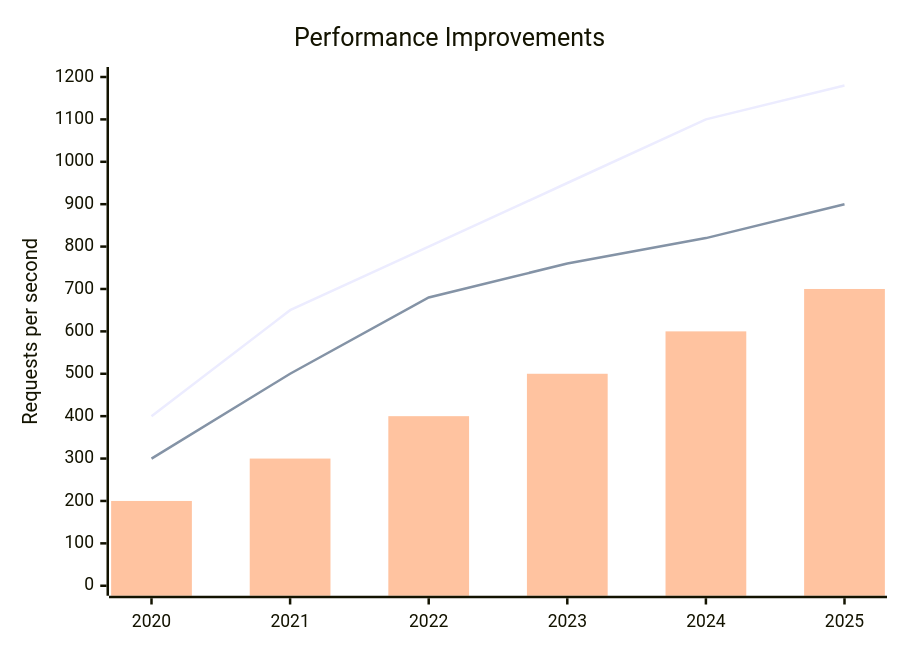
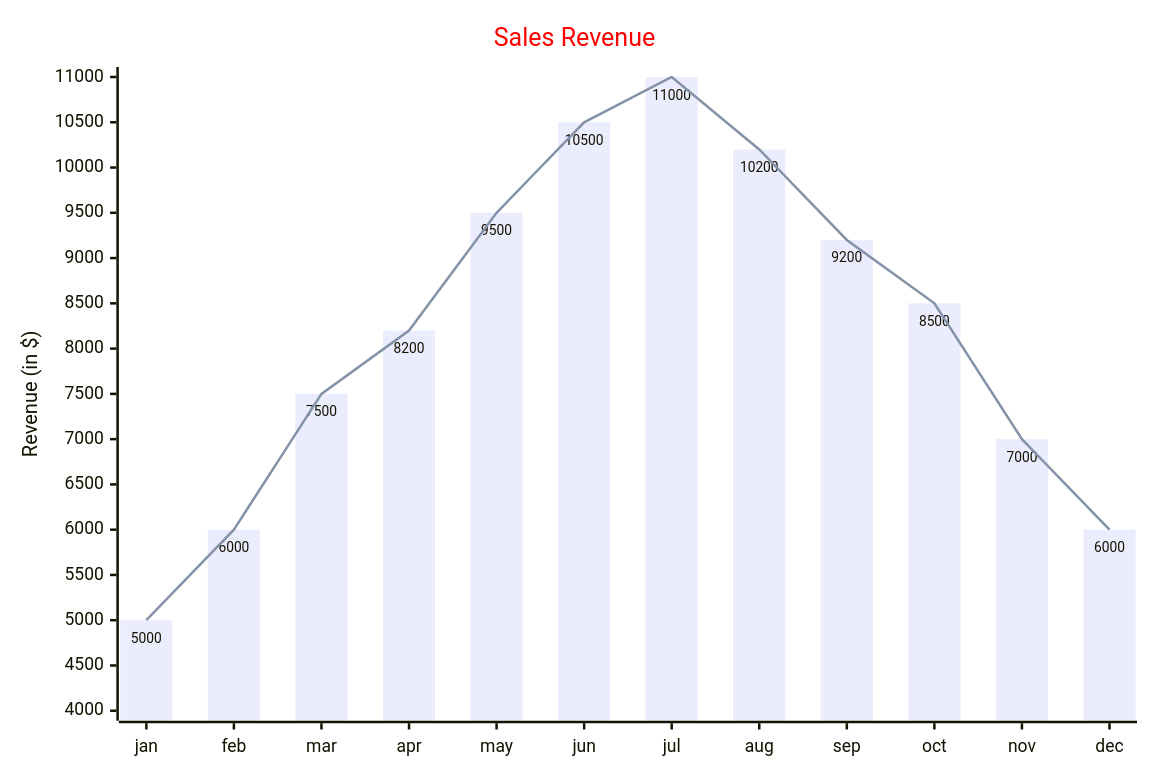
Before and after one commit to udlose/MermaidPad: the diagram in Examples/XY.mmd, drawn with Mermaid. The commit also changed 5 other files, not shown here.

First line of the commit message:
#257 Update diagrams and docs to Mermaid v2 syntax

```diff
--- a/Examples/XY.mmd
+++ b/Examples/XY.mmd
@@ -1,7 +1,16 @@
-xychart-beta
-  title "Performance Improvements"
-  x-axis ["2020","2021","2022","2023","2024","2025"]
-  y-axis "Requests per second" 0 --> 1200
-  line [400,650,800,950,1100,1180]
-  line [300,500,680,760,820,900]
-  bar [200,300,400,500,600,700]
+---
+config:
+    xyChart:
+        width: 900
+        height: 600
+        showDataLabel: true
+    themeVariables:
+        xyChart:
+            titleColor: "#ff0000"
+---
+xychart
+    title "Sales Revenue"
+    x-axis [jan, feb, mar, apr, may, jun, jul, aug, sep, oct, nov, dec]
+    y-axis "Revenue (in $)" 4000 --> 11000
+    bar [5000, 6000, 7500, 8200, 9500, 10500, 11000, 10200, 9200, 8500, 7000, 6000]
+    line [5000, 6000, 7500, 8200, 9500, 10500, 11000, 10200, 9200, 8500, 7000, 6000]
```
